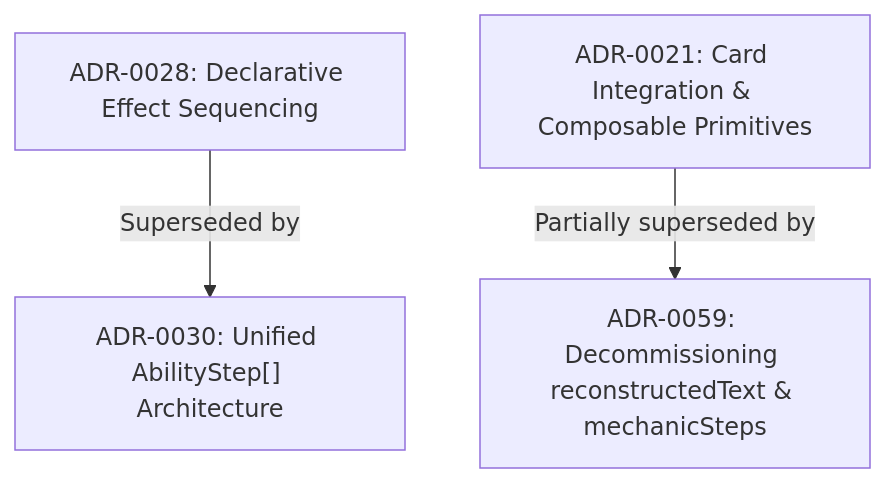
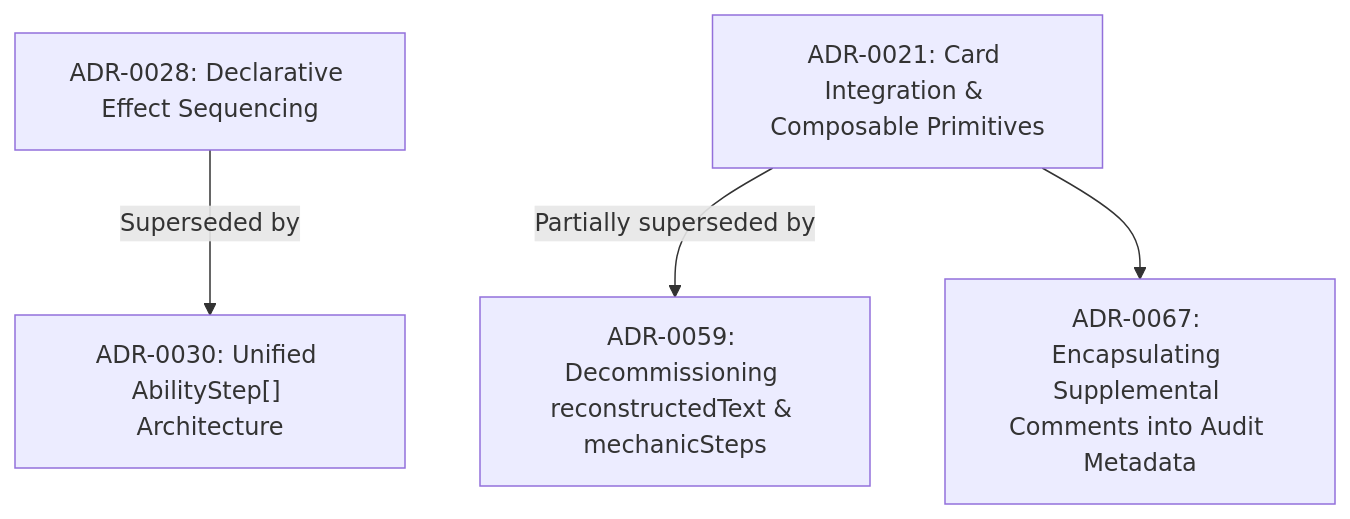
One commit to SteveRodrigue/MCD changed the first of 5 diagrams in docs/decisions/README.md. Above: the diagram before and after it, drawn with Mermaid. The commit also changed other lines of this file and 20 other files, not shown here.

First line of the commit message:
refactor(data): Encapsulate supplemental comments into audit metadata (ADR-0067)

````diff
--- a/docs/decisions/README.md
+++ b/docs/decisions/README.md
@@ -29,5 +29,6 @@
 ```mermaid
 graph TD
     ADR28["ADR-0028: Declarative Effect Sequencing"] -->|Superseded by| ADR30["ADR-0030: Unified AbilityStep[] Architecture"]
     ADR21["ADR-0021: Card Integration & Composable Primitives"] -->|Partially superseded by| ADR59["ADR-0059: Decommissioning reconstructedText & mechanicSteps"]
+    ADR21 --> ADR67["ADR-0067: Encapsulating Supplemental Comments into Audit Metadata"]
 ```
````
